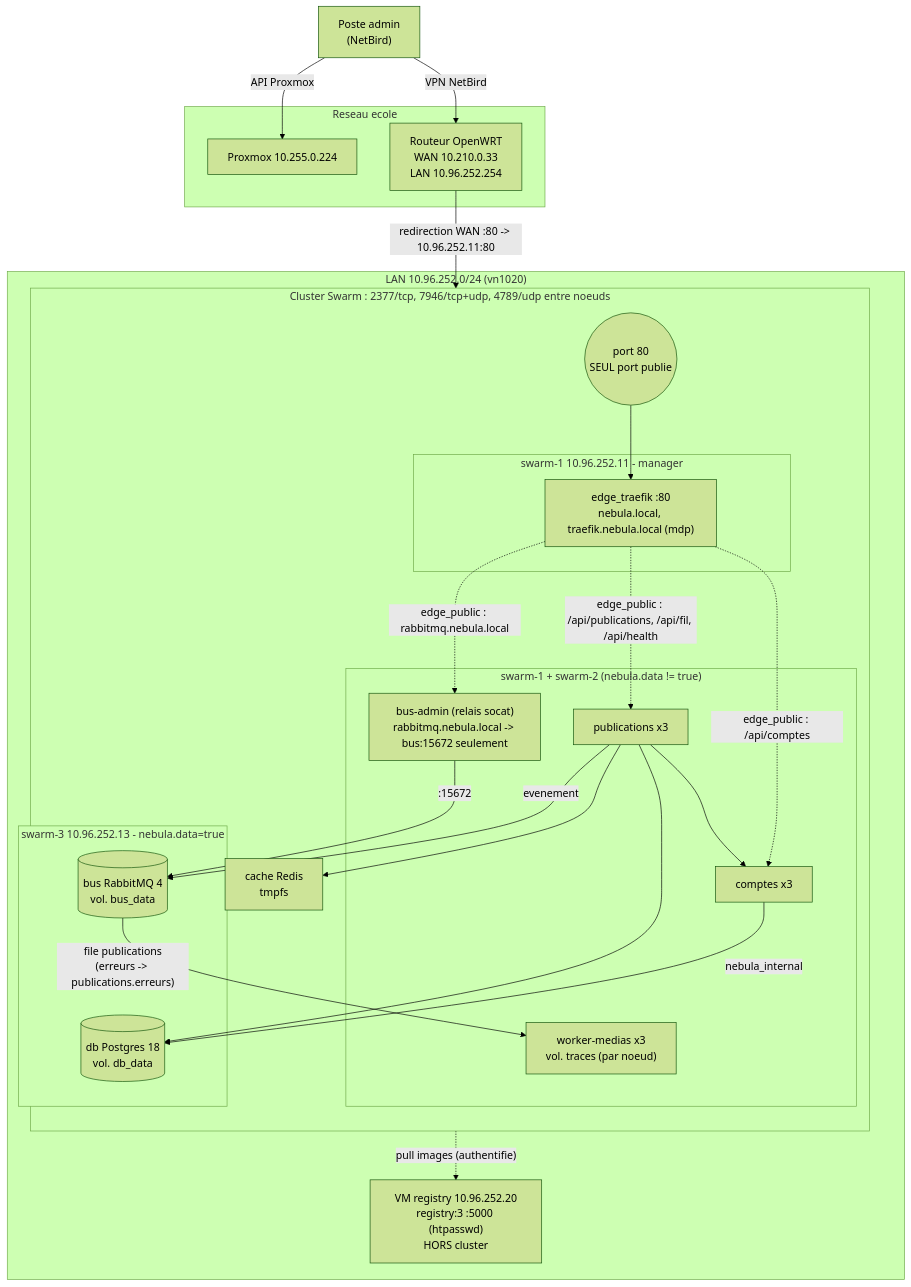
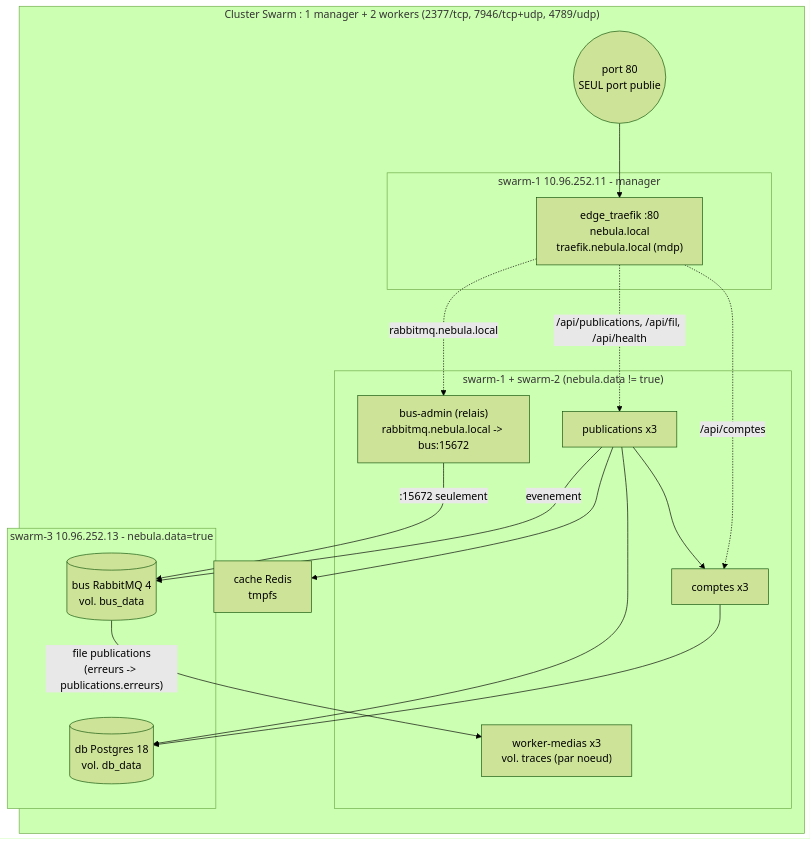
One commit to P0CEE/nebula changed the diagram in docs/schema-reseau.md. Above: the diagram before and after it, drawn with Mermaid (forest theme). The commit also changed other lines of this file and 15 other files, not shown here.

````diff
--- a/docs/schema-reseau.md
+++ b/docs/schema-reseau.md
@@ -7,52 +7,35 @@
 ```mermaid
 flowchart TB
-  admin["Poste admin<br/>(NetBird)"]
-  subgraph ecole["Reseau ecole"]
-    pve["Proxmox 10.255.0.224"]
-    router["Routeur OpenWRT<br/>WAN 10.210.0.33<br/>LAN 10.96.252.254"]
-  end
-  admin -- "VPN NetBird" --> router
-  admin -- "API Proxmox" --> pve
+  subgraph swarm["Cluster Swarm : 1 manager + 2 workers (2377/tcp, 7946/tcp+udp, 4789/udp)"]
+    direction TB
+    ingress(("port 80<br/>SEUL port publie"))
 
-  subgraph lan["LAN 10.96.252.0/24 (vn1020)"]
-    registry["VM registry 10.96.252.20<br/>registry:3 :5000 (htpasswd)<br/>HORS cluster"]
-
-    subgraph swarm["Cluster Swarm : 2377/tcp, 7946/tcp+udp, 4789/udp entre noeuds"]
-      direction TB
-      ingress(("port 80<br/>SEUL port publie"))
-
-      subgraph s1["swarm-1 10.96.252.11 - manager"]
-        traefik["edge_traefik :80<br/>nebula.local, traefik.nebula.local (mdp)"]
-      end
-      subgraph s12["swarm-1 + swarm-2 (nebula.data != true)"]
-        comptes["comptes x3"]
-        publications["publications x3"]
-        worker["worker-medias x3<br/>vol. traces (par noeud)"]
-        busadmin["bus-admin (relais socat)<br/>rabbitmq.nebula.local -> bus:15672 seulement"]
-      end
-      subgraph s3["swarm-3 10.96.252.13 - nebula.data=true"]
-        db[("db Postgres 18<br/>vol. db_data")]
-        bus[("bus RabbitMQ 4<br/>vol. bus_data")]
-      end
-      cache["cache Redis<br/>tmpfs"]
+    subgraph s1["swarm-1 10.96.252.11 - manager"]
+      traefik["edge_traefik :80<br/>nebula.local<br/>traefik.nebula.local (mdp)"]
     end
+    subgraph s12["swarm-1 + swarm-2 (nebula.data != true)"]
+      comptes["comptes x3"]
+      publications["publications x3"]
+      worker["worker-medias x3<br/>vol. traces (par noeud)"]
+      busadmin["bus-admin (relais)<br/>rabbitmq.nebula.local -> bus:15672"]
+    end
+    subgraph s3["swarm-3 10.96.252.13 - nebula.data=true"]
+      db[("db Postgres 18<br/>vol. db_data")]
+      bus[("bus RabbitMQ 4<br/>vol. bus_data")]
+    end
+    cache["cache Redis<br/>tmpfs"]
   end
 
-  router -- "redirection WAN :80 -> 10.96.252.11:80" --> ingress
   ingress --> traefik
+  traefik -. "/api/comptes" .-> comptes
+  traefik -. "/api/publications, /api/fil, /api/health" .-> publications
+  traefik -. "rabbitmq.nebula.local" .-> busadmin
 
-  %% pointilles = reseau edge_public ; traits pleins = reseau nebula_internal
-  traefik -. "edge_public : /api/comptes" .-> comptes
-  traefik -. "edge_public : /api/publications, /api/fil, /api/health" .-> publications
-  traefik -. "edge_public : rabbitmq.nebula.local" .-> busadmin
-  busadmin -- ":15672" --> bus
-
-  comptes -- "nebula_internal" --> db
+  comptes --> db
   publications --> comptes
   publications --> db
   publications --> cache
   publications -- "evenement" --> bus
   bus -- "file publications<br/>(erreurs -> publications.erreurs)" --> worker
-
-  swarm -. "pull images (authentifie)" .-> registry
+  busadmin -- ":15672 seulement" --> bus
 ```
````
